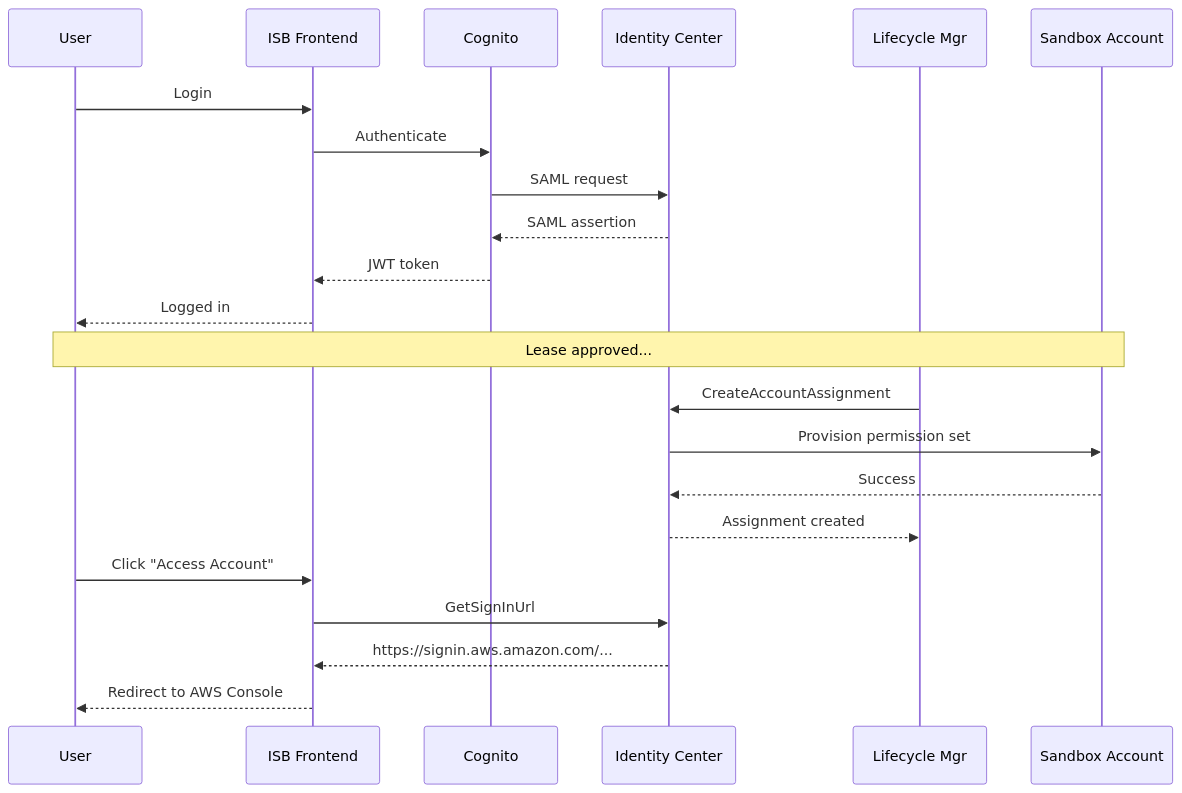
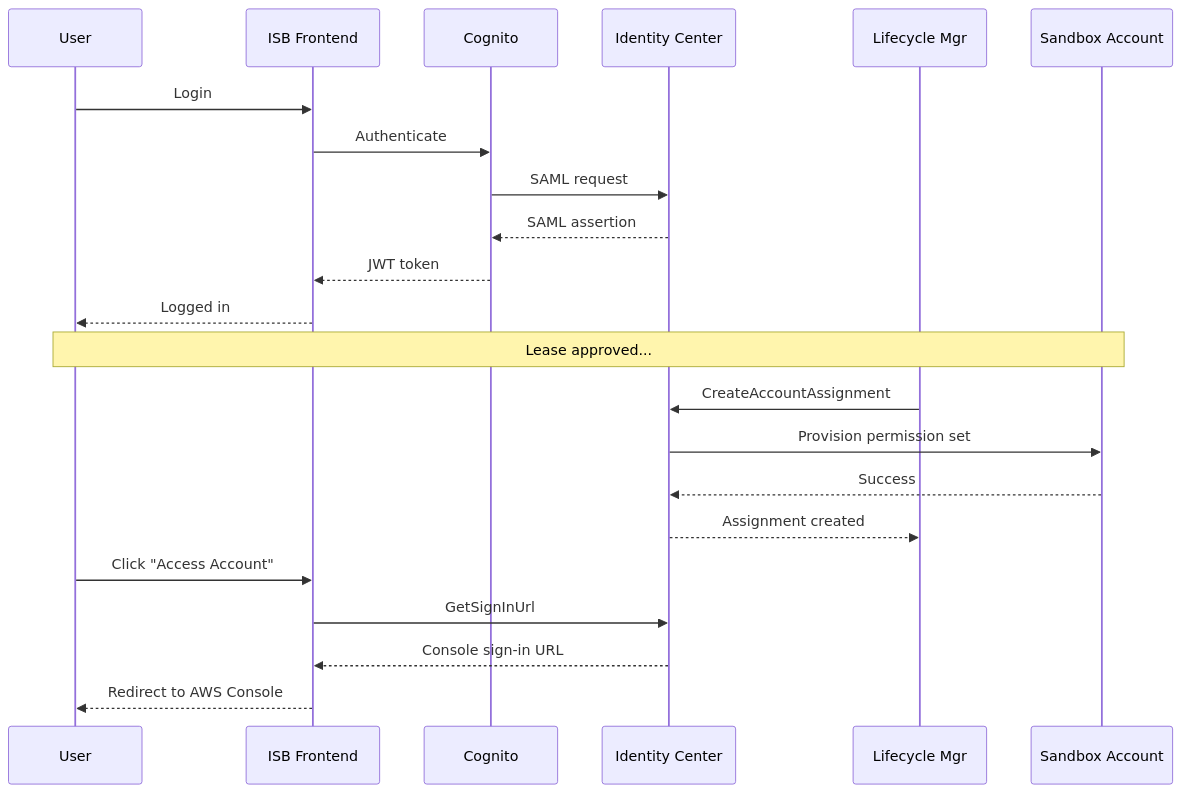
One commit to co-cddo/ndx-try-arch changed the fourth of 4 diagrams in docs/71-external-integrations.md. Above: the diagram before and after it, drawn with Mermaid. The commit also changed other lines of this file and 41 other files, not shown here.

First line of the commit message:
docs: update NDX architecture documentation (#9)

````diff
--- a/docs/71-external-integrations.md
+++ b/docs/71-external-integrations.md
@@ -383,28 +197,28 @@
 ```mermaid
 sequenceDiagram
     participant User
     participant ISB Frontend
     participant Cognito
     participant Identity Center
     participant Lifecycle Mgr
     participant Sandbox Account
 
     User->>ISB Frontend: Login
     ISB Frontend->>Cognito: Authenticate
     Cognito->>Identity Center: SAML request
     Identity Center-->>Cognito: SAML assertion
     Cognito-->>ISB Frontend: JWT token
     ISB Frontend-->>User: Logged in
 
     Note over User,Sandbox Account: Lease approved...
 
     Lifecycle Mgr->>Identity Center: CreateAccountAssignment
     Identity Center->>Sandbox Account: Provision permission set
     Sandbox Account-->>Identity Center: Success
     Identity Center-->>Lifecycle Mgr: Assignment created
 
     User->>ISB Frontend: Click "Access Account"
     ISB Frontend->>Identity Center: GetSignInUrl
-    Identity Center-->>ISB Frontend: https://signin.aws.amazon.com/...
+    Identity Center-->>ISB Frontend: Console sign-in URL
     ISB Frontend-->>User: Redirect to AWS Console
 ```
````
